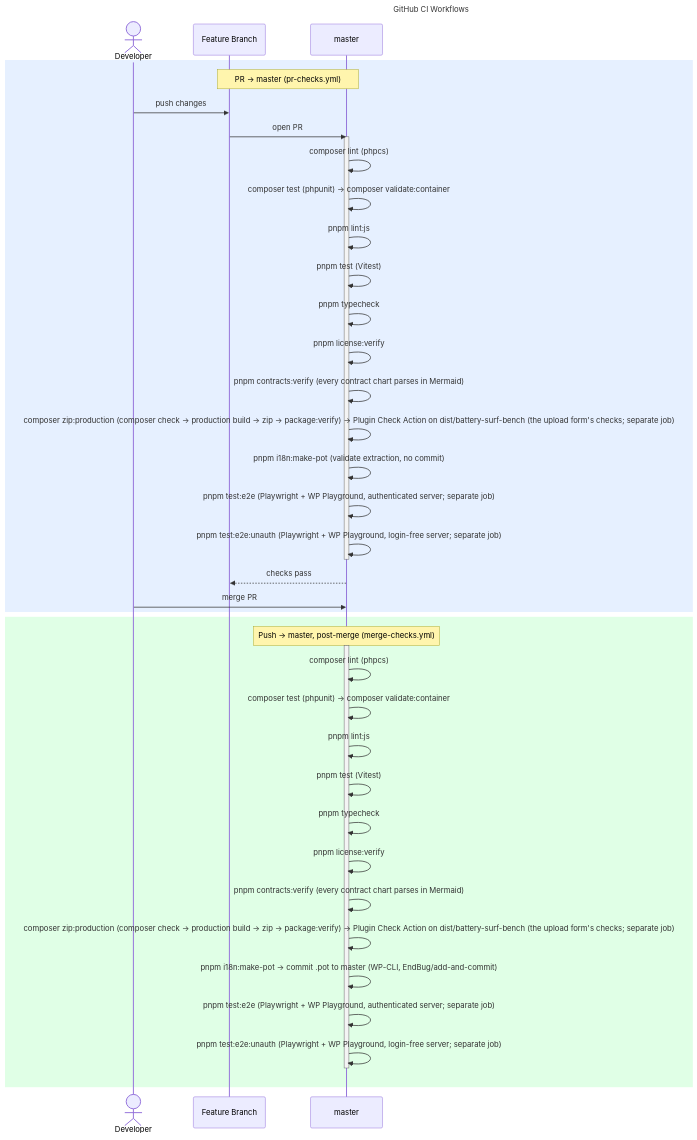
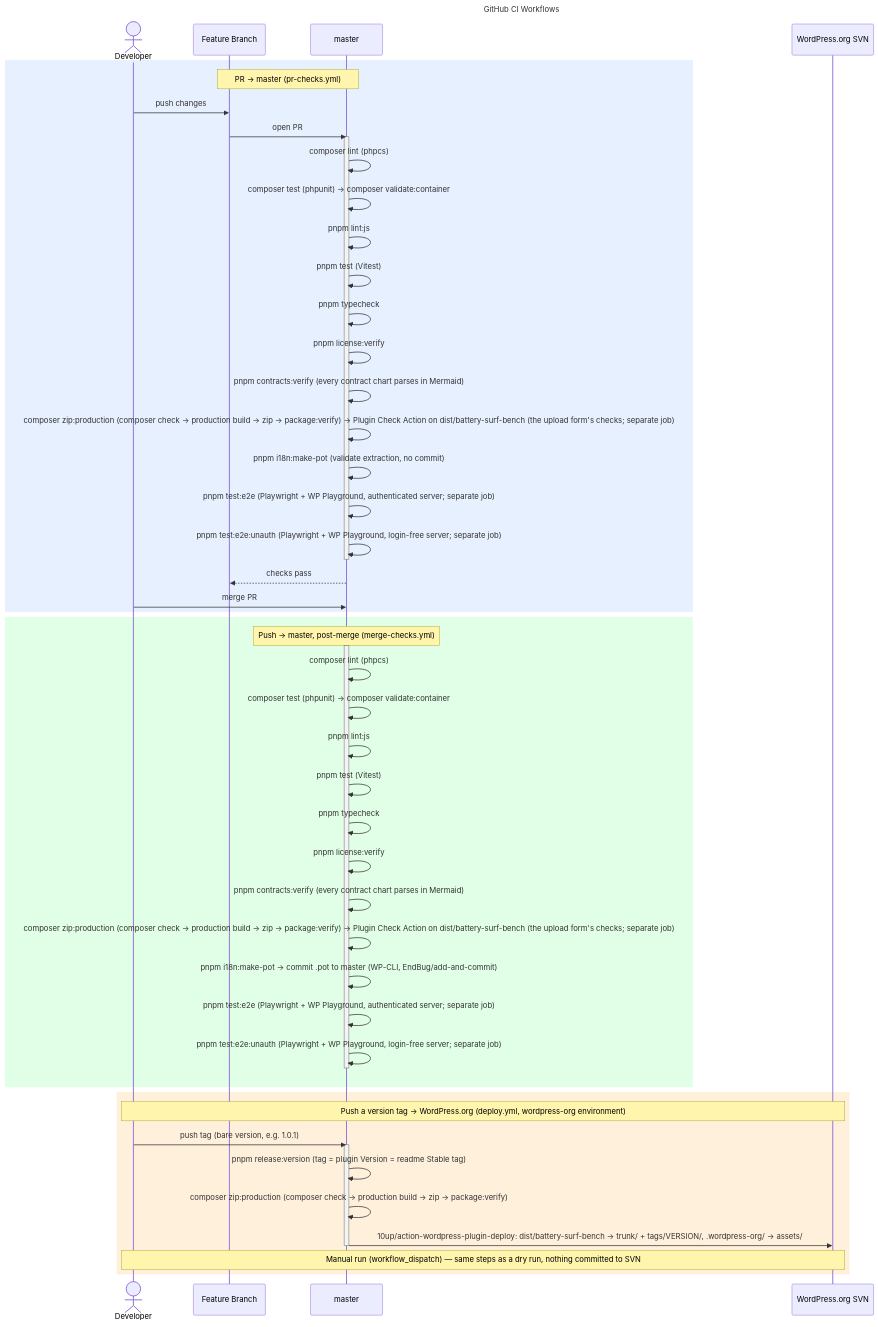
Before and after one commit to erdembircan/battery-surf-bench: the diagram in docs/contracts/ci-workflow.mmd, drawn with Mermaid. The commit also changed 10 other files, not shown here.

First line of the commit message:
[CHORE]: deploy version tags to WordPress.org

```diff
--- a/docs/contracts/ci-workflow.mmd
+++ b/docs/contracts/ci-workflow.mmd
@@ -1,48 +1,60 @@
 ---
 title: GitHub CI Workflows
 ---
 %% Characters Mermaid would misread inside a label are written as entity codes,
 %% which render as the character itself: #58; ':', #59; ';', #40; '(', #41; ')',
 %% #123; '{', #125; '}'. See "Keeping Charts Parseable" in CLAUDE.md.
 sequenceDiagram
     actor Dev as Developer
     participant FB as Feature Branch
     participant M as master
+    participant SVN as WordPress.org SVN
 
     rect rgb(230, 240, 255)
         Note over FB,M: PR → master (pr-checks.yml)
         Dev->>FB: push changes
         FB->>M: open PR
         activate M
         M->>M: composer lint (phpcs)
         M->>M: composer test (phpunit) → composer validate:container
         M->>M: pnpm lint:js
         M->>M: pnpm test (Vitest)
         M->>M: pnpm typecheck
         M->>M: pnpm license:verify
         M->>M: pnpm contracts:verify (every contract chart parses in Mermaid)
         M->>M: composer zip:production (composer check → production build → zip → package:verify) → Plugin Check Action on dist/battery-surf-bench (the upload form's checks#59; separate job)
         M->>M: pnpm i18n:make-pot (validate extraction, no commit)
         M->>M: pnpm test:e2e (Playwright + WP Playground, authenticated server#59; separate job)
         M->>M: pnpm test:e2e:unauth (Playwright + WP Playground, login-free server#59; separate job)
         deactivate M
         M-->>FB: checks pass
         Dev->>M: merge PR
     end
 
     rect rgb(224, 255, 230)
         Note over M: Push → master, post-merge (merge-checks.yml)
         activate M
         M->>M: composer lint (phpcs)
         M->>M: composer test (phpunit) → composer validate:container
         M->>M: pnpm lint:js
         M->>M: pnpm test (Vitest)
         M->>M: pnpm typecheck
         M->>M: pnpm license:verify
         M->>M: pnpm contracts:verify (every contract chart parses in Mermaid)
         M->>M: composer zip:production (composer check → production build → zip → package:verify) → Plugin Check Action on dist/battery-surf-bench (the upload form's checks#59; separate job)
         M->>M: pnpm i18n:make-pot → commit .pot to master (WP-CLI, EndBug/add-and-commit)
         M->>M: pnpm test:e2e (Playwright + WP Playground, authenticated server#59; separate job)
         M->>M: pnpm test:e2e:unauth (Playwright + WP Playground, login-free server#59; separate job)
         deactivate M
     end
+
+    rect rgb(255, 240, 220)
+        Note over Dev,SVN: Push a version tag → WordPress.org (deploy.yml, wordpress-org environment)
+        Dev->>M: push tag (bare version, e.g. 1.0.1)
+        activate M
+        M->>M: pnpm release:version (tag = plugin Version = readme Stable tag)
+        M->>M: composer zip:production (composer check → production build → zip → package:verify)
+        M->>SVN: 10up/action-wordpress-plugin-deploy#58; dist/battery-surf-bench → trunk/ + tags/VERSION/, .wordpress-org/ → assets/
+        deactivate M
+        Note over Dev,SVN: Manual run (workflow_dispatch) — same steps as a dry run, nothing committed to SVN
+    end
```
